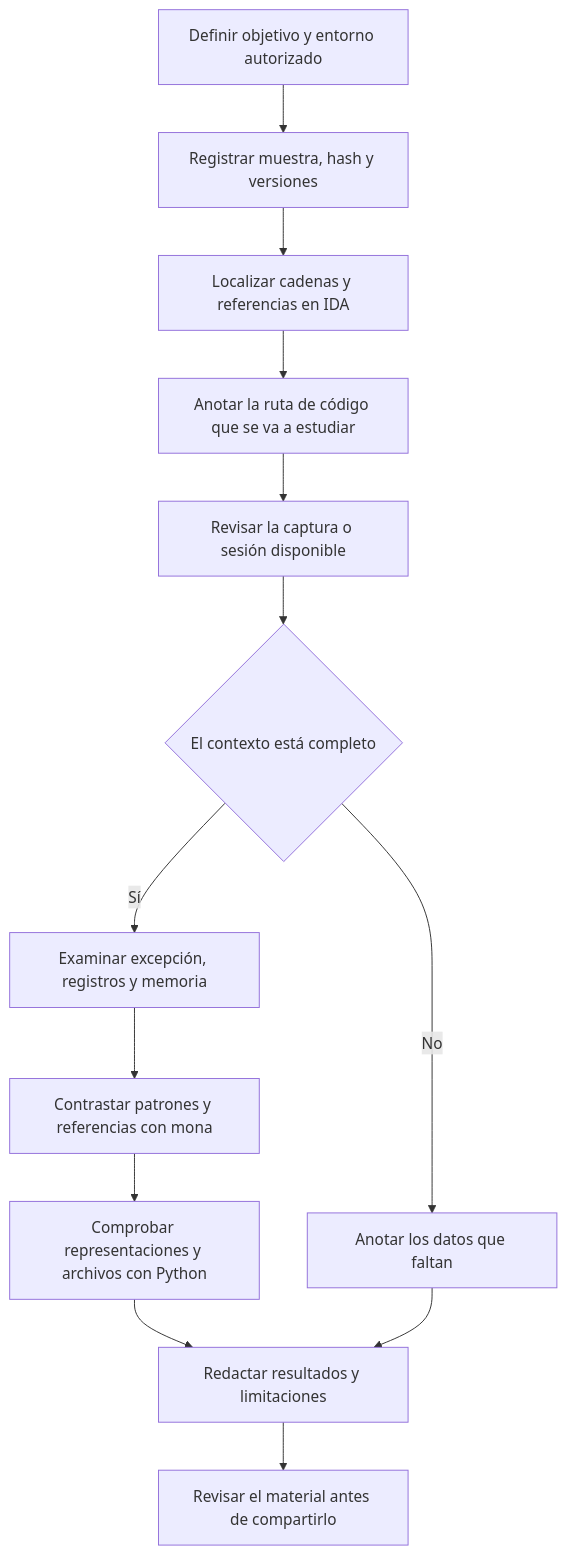
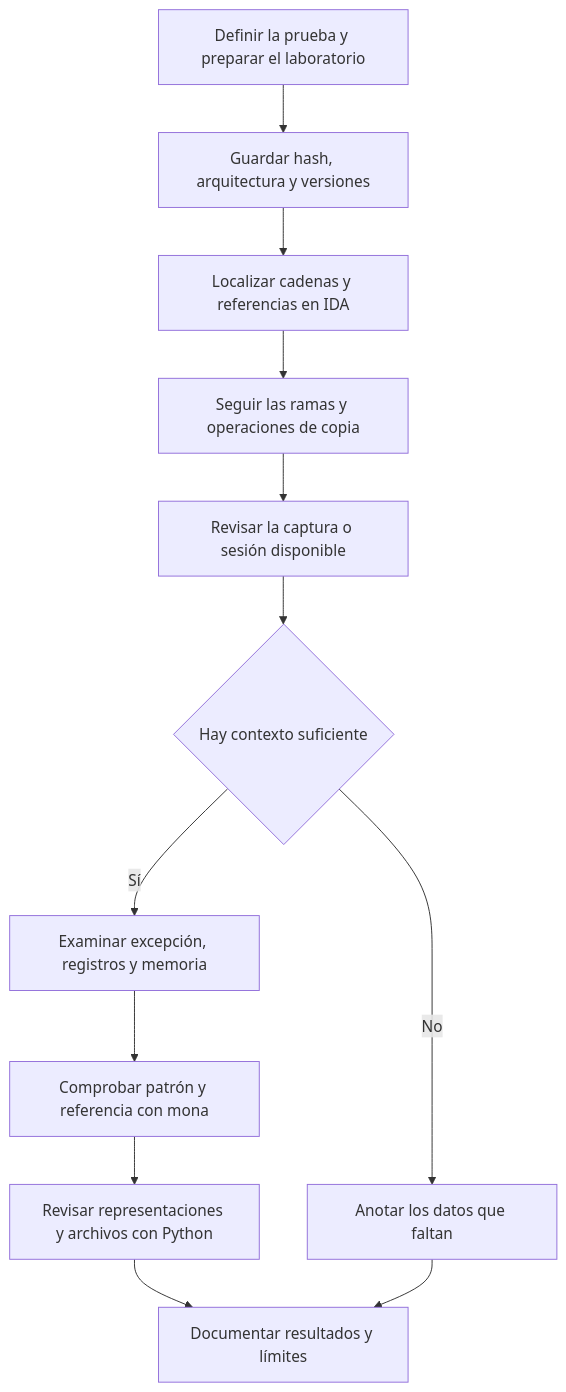
One commit to jonbondani/arsenal-analista changed the first of 2 diagrams in docs/02-metodologia.md. Above: the diagram before and after it, drawn with Mermaid. The commit also changed other lines of this file and 25 other files, not shown here.

````diff
--- a/docs/02-metodologia.md
+++ b/docs/02-metodologia.md
@@ -9,15 +9,14 @@
 ```mermaid
 flowchart TD
-    A[Definir objetivo y entorno autorizado] --> B[Registrar muestra, hash y versiones]
+    A[Definir la prueba y preparar el laboratorio] --> B[Guardar hash, arquitectura y versiones]
     B --> C[Localizar cadenas y referencias en IDA]
-    C --> D[Anotar la ruta de código que se va a estudiar]
+    C --> D[Seguir las ramas y operaciones de copia]
     D --> E[Revisar la captura o sesión disponible]
-    E --> F{El contexto está completo}
+    E --> F{Hay contexto suficiente}
     F -->|Sí| G[Examinar excepción, registros y memoria]
     F -->|No| H[Anotar los datos que faltan]
-    G --> I[Contrastar patrones y referencias con mona]
-    I --> J[Comprobar representaciones y archivos con Python]
-    J --> K[Redactar resultados y limitaciones]
+    G --> I[Comprobar patrón y referencia con mona]
+    I --> J[Revisar representaciones y archivos con Python]
+    J --> K[Documentar resultados y límites]
     H --> K
-    K --> L[Revisar el material antes de compartirlo]
 ```
````
